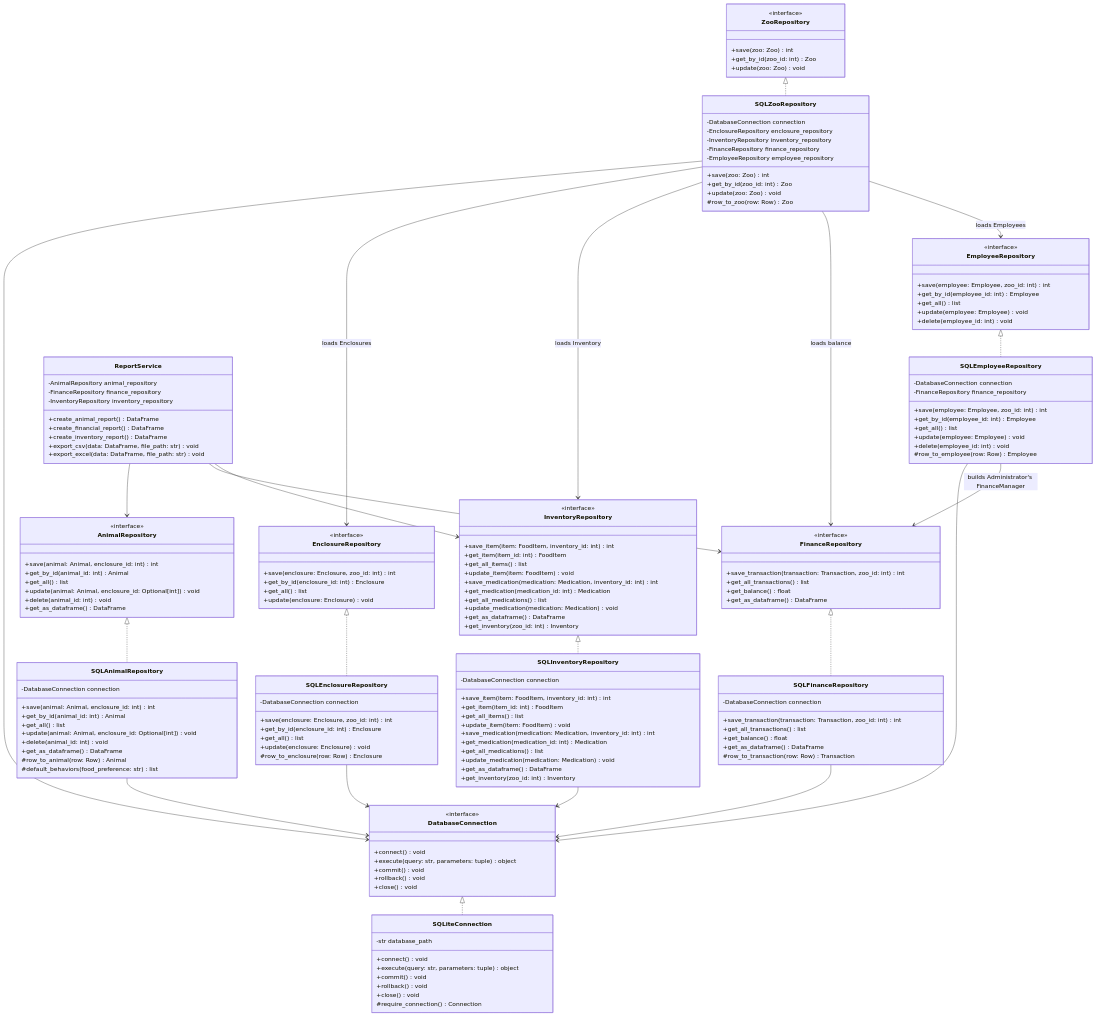
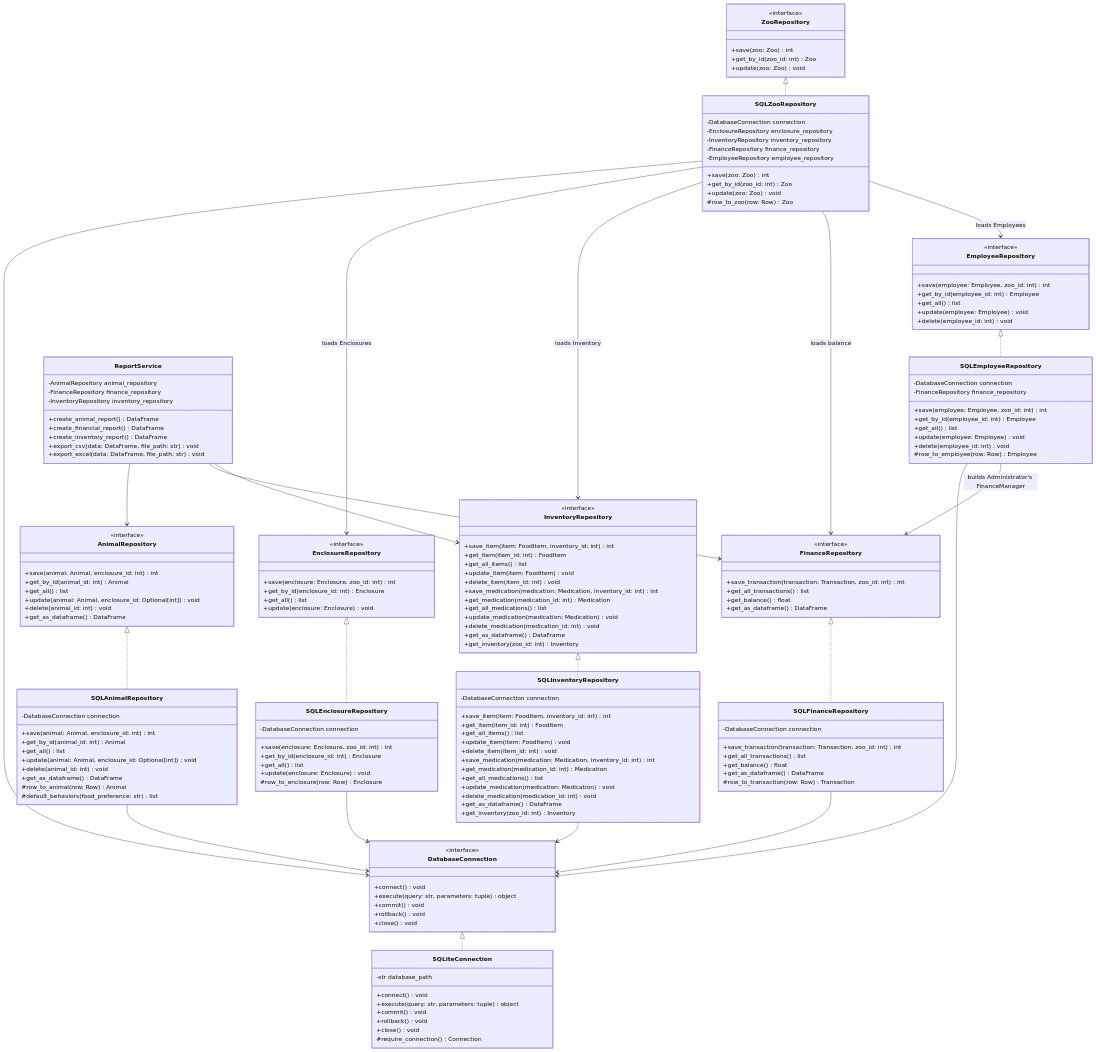
One commit to Darnell-Beganovic/zms-BBS changed the diagram in zoo_simulation/docs/planning_db_kaiss.md. Above: the diagram before and after it, drawn with Mermaid. The commit also changed other lines of this file and 10 other files, not shown here.

```diff
--- a/zoo_simulation/docs/planning_db_kaiss.md
+++ b/zoo_simulation/docs/planning_db_kaiss.md
@@ -99,10 +99,12 @@
         +get_item(item_id: int) FoodItem
         +get_all_items() list
         +update_item(item: FoodItem) void
+        +delete_item(item_id: int) void
         +save_medication(medication: Medication, inventory_id: int) int
         +get_medication(medication_id: int) Medication
         +get_all_medications() list
         +update_medication(medication: Medication) void
+        +delete_medication(medication_id: int) void
         +get_as_dataframe() DataFrame
         +get_inventory(zoo_id: int) Inventory
     }
@@ -165,10 +167,12 @@
         +get_item(item_id: int) FoodItem
         +get_all_items() list
         +update_item(item: FoodItem) void
+        +delete_item(item_id: int) void
         +save_medication(medication: Medication, inventory_id: int) int
         +get_medication(medication_id: int) Medication
         +get_all_medications() list
         +update_medication(medication: Medication) void
+        +delete_medication(medication_id: int) void
         +get_as_dataframe() DataFrame
         +get_inventory(zoo_id: int) Inventory
     }
```
